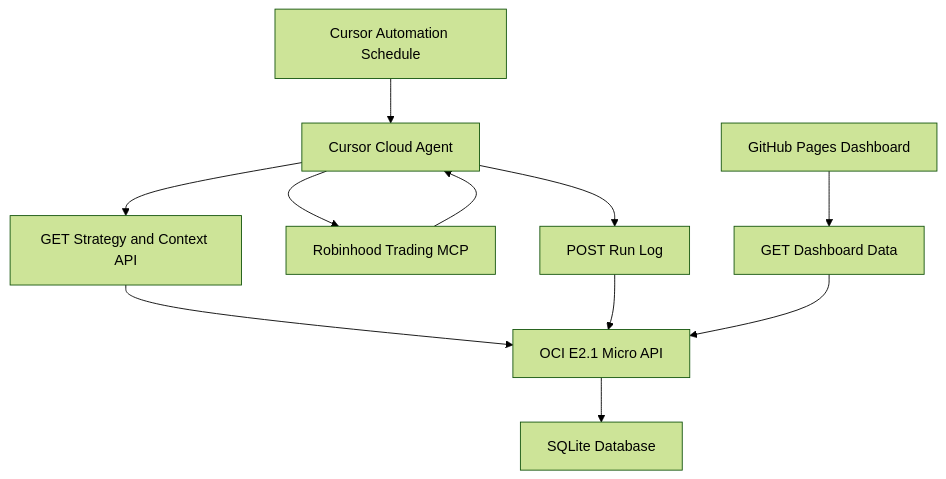
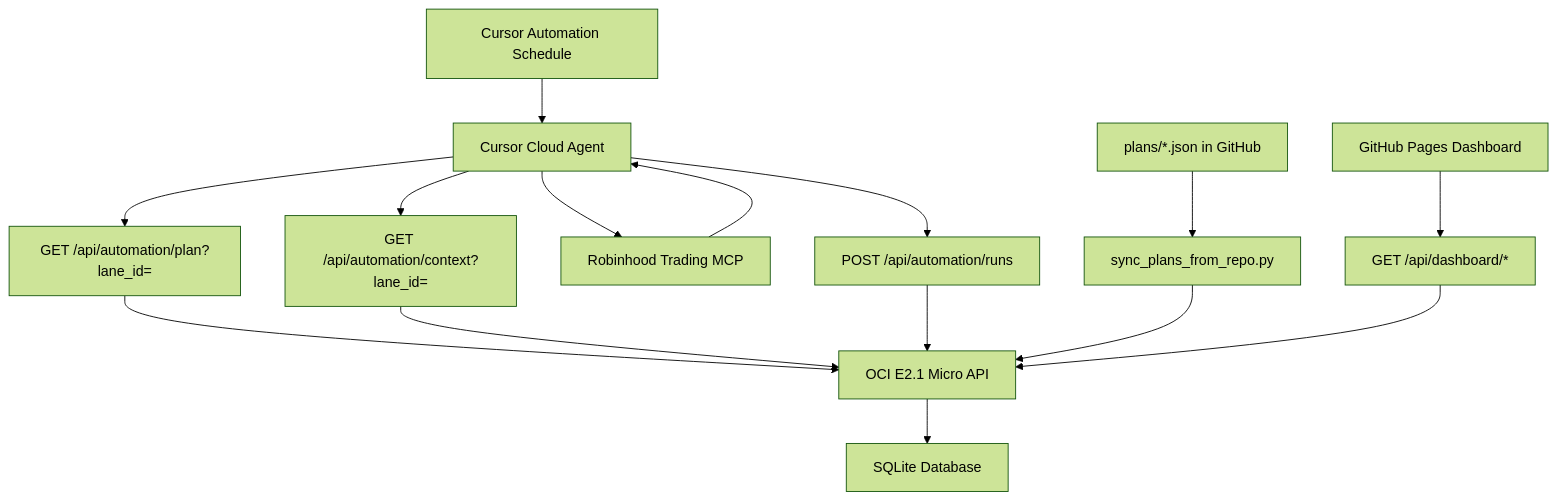
One commit to SypherXN/MTA-Lab changed the diagram in docs/PLAN.md. Above: the diagram before and after it, drawn with Mermaid (forest theme). The commit also changed other lines of this file and 55 other files, not shown here.

First line of the commit message:
Add dashboard polish, agent plan sync, ops tooling, and sequential lanes.

````diff
--- a/docs/PLAN.md
+++ b/docs/PLAN.md
@@ -7,13 +7,17 @@
 ```mermaid
 flowchart TD
     scheduleTrigger["Cursor Automation Schedule"] --> cloudAgent["Cursor Cloud Agent"]
-    cloudAgent --> contextApi["GET Strategy and Context API"]
-    contextApi --> apiServer["OCI E2.1 Micro API"]
+    cloudAgent --> planApi["GET /api/automation/plan?lane_id="]
+    cloudAgent --> contextApi["GET /api/automation/context?lane_id="]
+    planApi --> apiServer["OCI E2.1 Micro API"]
+    contextApi --> apiServer
     apiServer --> database["SQLite Database"]
     cloudAgent --> robinhoodMcp["Robinhood Trading MCP"]
     robinhoodMcp --> cloudAgent
-    cloudAgent --> logApi["POST Run Log"]
+    cloudAgent --> logApi["POST /api/automation/runs"]
     logApi --> apiServer
-    githubPages["GitHub Pages Dashboard"] --> readApi["GET Dashboard Data"]
+    githubPlans["plans/*.json in GitHub"] --> syncScript["sync_plans_from_repo.py"]
+    syncScript --> apiServer
+    githubPages["GitHub Pages Dashboard"] --> readApi["GET /api/dashboard/*"]
     readApi --> apiServer
 ```
````
